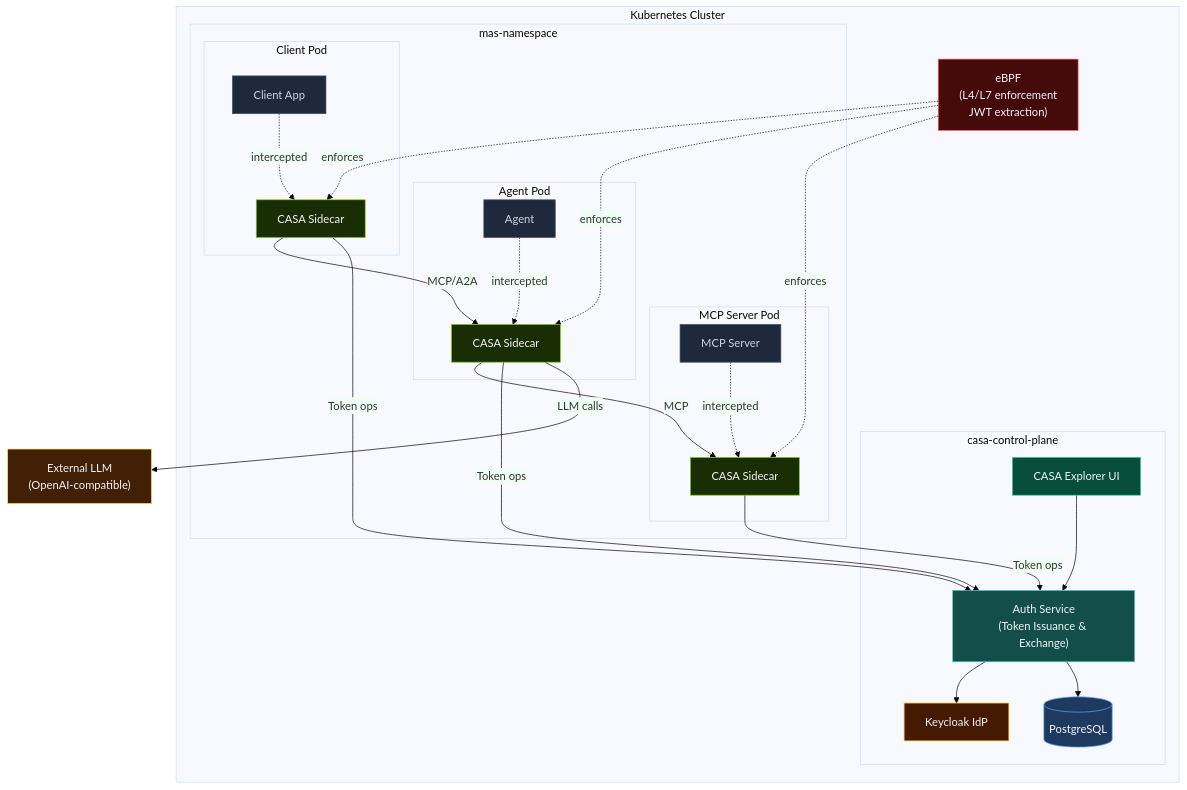
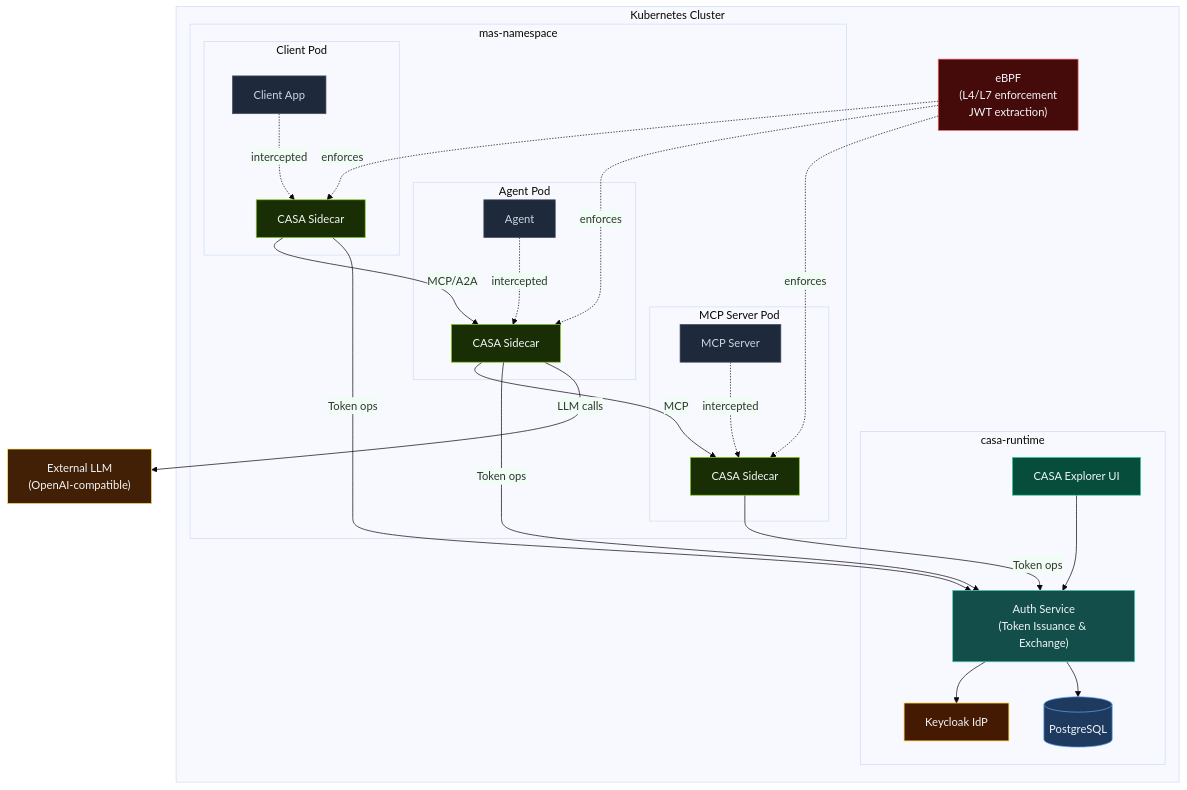
One commit to outshift-open/CASA changed the diagram in README.md. Above: the diagram before and after it, drawn with Mermaid. The commit also changed other lines of this file and 95 other files, not shown here.

Commit message:
feat: Rename to CASA runtime

````diff
--- a/README.md
+++ b/README.md
@@ -48,56 +48,56 @@
 ```mermaid
 %%{init: {'theme': 'base', 'themeVariables': {'background': '#f0fdf4', 'edgeLabelBackground': '#f0fdf4'}}}%%
 graph TB
     subgraph "Kubernetes Cluster"
-        subgraph "casa-control-plane"
+        subgraph "casa-runtime"
             AUTH["Auth Service\n(Token Issuance & Exchange)"]
             KC["Keycloak IdP"]
             PG[("PostgreSQL")]
             UI["CASA Explorer UI"]
             AUTH --> KC
             AUTH --> PG
             UI --> AUTH
         end
 
         subgraph "mas-namespace"
             subgraph "Client Pod"
                 CL["Client App"]
                 CLS["CASA Sidecar"]
                 CL -.->|intercepted| CLS
             end
             subgraph "Agent Pod"
                 AG["Agent"]
                 AGS["CASA Sidecar"]
                 AG -.->|intercepted| AGS
             end
             subgraph "MCP Server Pod"
                 MCP["MCP Server"]
                 MCPS["CASA Sidecar"]
                 MCP -.->|intercepted| MCPS
             end
             CLS -->|"MCP/A2A"| AGS
             AGS -->|"MCP"| MCPS
         end
 
         EBPF["eBPF\n(L4/L7 enforcement\nJWT extraction)"]
         EBPF -.->|enforces| CLS
         EBPF -.->|enforces| AGS
         EBPF -.->|enforces| MCPS
     end
 
     CLS & AGS & MCPS -->|"Token ops"| AUTH
     AGS -->|"LLM calls"| LLM["External LLM\n(OpenAI-compatible)"]
 
     style AUTH fill:#134e4a,stroke:#4ecdc4,color:#f1f5f9
     style KC   fill:#451a03,stroke:#fbbf24,color:#f1f5f9
     style PG   fill:#1e3a5f,stroke:#60a5fa,color:#f1f5f9
     style UI   fill:#064e3b,stroke:#34d399,color:#f1f5f9
     style CL   fill:#1e293b,stroke:#475569,color:#cbd5e1
     style CLS  fill:#1a2e05,stroke:#84cc16,color:#f1f5f9
     style AG   fill:#1e293b,stroke:#475569,color:#cbd5e1
     style AGS  fill:#1a2e05,stroke:#84cc16,color:#f1f5f9
     style MCP  fill:#1e293b,stroke:#475569,color:#cbd5e1
     style MCPS fill:#1a2e05,stroke:#84cc16,color:#f1f5f9
     style EBPF fill:#450a0a,stroke:#ff6b6b,color:#f1f5f9
     style LLM  fill:#422006,stroke:#ffe66d,color:#f1f5f9
 ```
````
